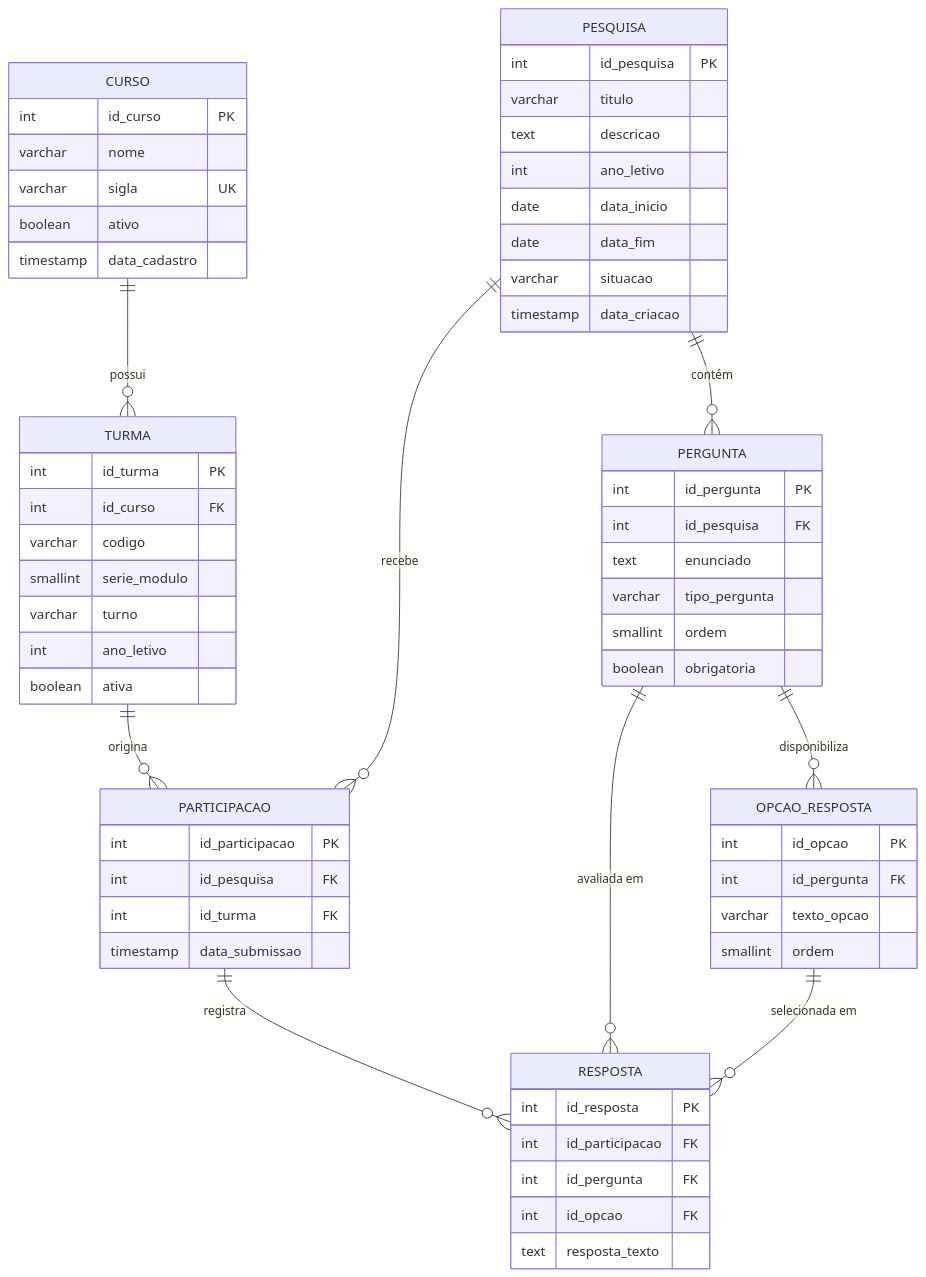
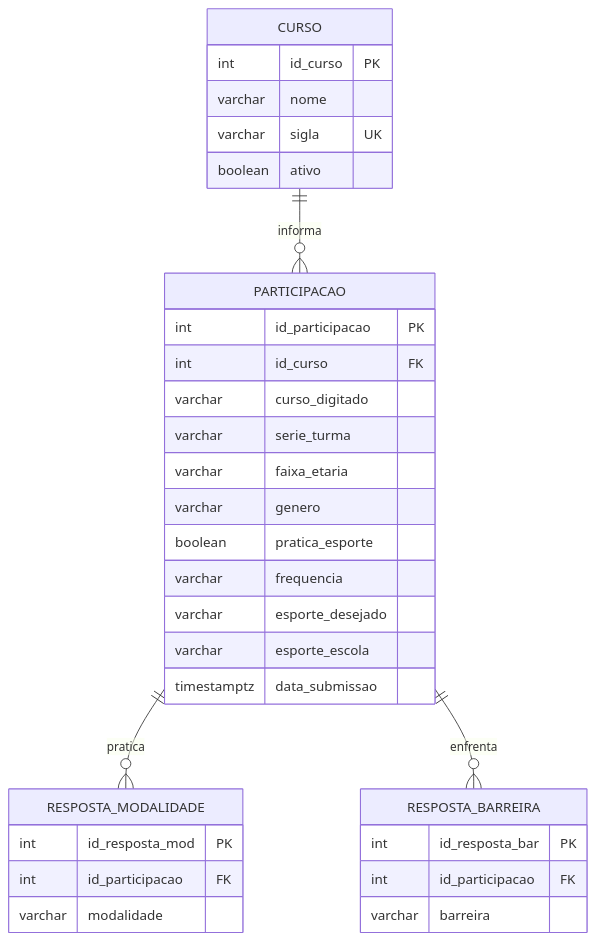
The diagram in documentacao_mapa_esportivo.md (juanalenca/mapeamento-esportivo), drawn with Mermaid before and after one commit. The commit also changed other lines of this file, not shown here.

Commit message:
docs: update project definition, functional/non-functional requirements, business rules and database schemas

````diff
--- a/documentacao_mapa_esportivo.md
+++ b/documentacao_mapa_esportivo.md
@@ -255,71 +231,39 @@
 ```mermaid
 erDiagram
-    CURSO ||--o{ TURMA : "possui"
-    TURMA ||--o{ PARTICIPACAO : "origina"
-    PESQUISA ||--o{ PARTICIPACAO : "recebe"
-    PESQUISA ||--o{ PERGUNTA : "contém"
-    PERGUNTA ||--o{ OPCAO_RESPOSTA : "disponibiliza"
-    PARTICIPACAO ||--o{ RESPOSTA : "registra"
-    PERGUNTA ||--o{ RESPOSTA : "avaliada em"
-    OPCAO_RESPOSTA ||--o{ RESPOSTA : "selecionada em"
+    CURSO ||--o{ PARTICIPACAO : "informa"
+    PARTICIPACAO ||--o{ RESPOSTA_MODALIDADE : "pratica"
+    PARTICIPACAO ||--o{ RESPOSTA_BARREIRA : "enfrenta"
 
     CURSO {
         int id_curso PK
         varchar nome
         varchar sigla UK
         boolean ativo
-        timestamp data_cadastro
-    }
-
-    TURMA {
-        int id_turma PK
-        int id_curso FK
-        varchar codigo
-        smallint serie_modulo
-        varchar turno
-        int ano_letivo
-        boolean ativa
-    }
-
-    PESQUISA {
-        int id_pesquisa PK
-        varchar titulo
-        text descricao
-        int ano_letivo
-        date data_inicio
-        date data_fim
-        varchar situacao
-        timestamp data_criacao
-    }
-
-    PERGUNTA {
-        int id_pergunta PK
-        int id_pesquisa FK
-        text enunciado
-        varchar tipo_pergunta
-        smallint ordem
-        boolean obrigatoria
-    }
-
-    OPCAO_RESPOSTA {
-        int id_opcao PK
-        int id_pergunta FK
-        varchar texto_opcao
-        smallint ordem
     }
 
     PARTICIPACAO {
         int id_participacao PK
-        int id_pesquisa FK
-        int id_turma FK
-        timestamp data_submissao
+        int id_curso FK
+        varchar curso_digitado
+        varchar serie_turma
+        varchar faixa_etaria
+        varchar genero
+        boolean pratica_esporte
+        varchar frequencia
+        varchar esporte_desejado
+        varchar esporte_escola
+        timestamptz data_submissao
     }
 
-    RESPOSTA {
-        int id_resposta PK
+    RESPOSTA_MODALIDADE {
+        int id_resposta_mod PK
         int id_participacao FK
-        int id_pergunta FK
-        int id_opcao FK
-        text resposta_texto
+        varchar modalidade
+    }
+
+    RESPOSTA_BARREIRA {
+        int id_resposta_bar PK
+        int id_participacao FK
+        varchar barreira
     }
 ```
````
